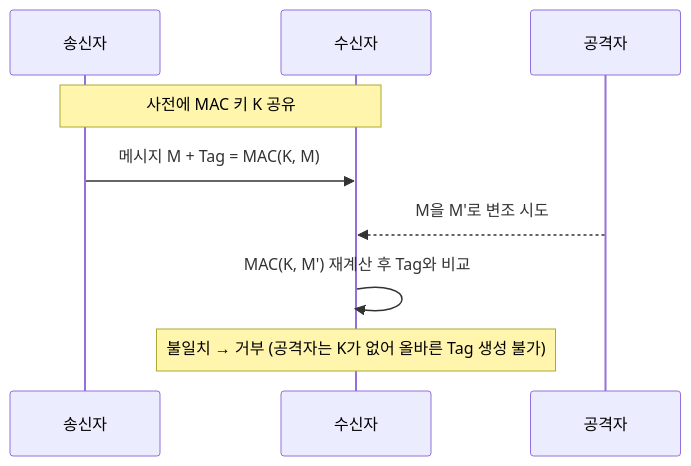
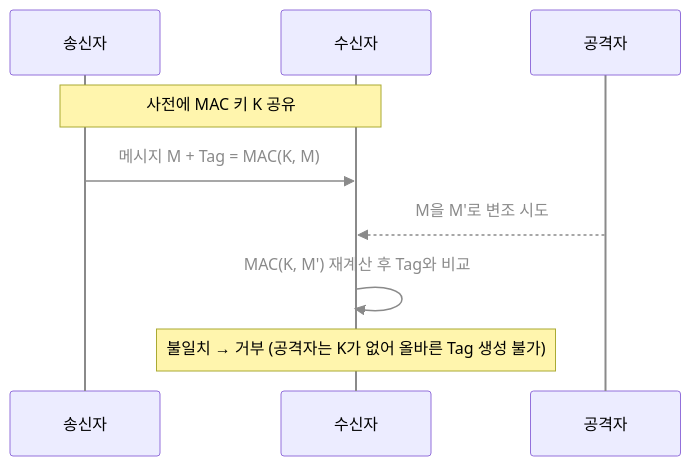
The diagram in security-fundamentals/cryptography/hashing-mac.md (secututor/security-knowledge-base), drawn with Mermaid before and after one commit. The commit also changed 12 other files, not shown here.

Commit message:
docs: 모든 Mermaid 그림에 라이트·다크 공용 선·글자 색 적용

````diff
--- a/security-fundamentals/cryptography/hashing-mac.md
+++ b/security-fundamentals/cryptography/hashing-mac.md
@@ -44,11 +44,12 @@
 ```mermaid
+%%{init: {"themeVariables": {"fontSize": "20px", "lineColor": "#8a8a8a", "signalColor": "#8a8a8a", "signalTextColor": "#8a8a8a", "actorLineColor": "#8a8a8a"}, "flowchart": {"nodeSpacing": 25, "rankSpacing": 30}}}%%
 sequenceDiagram
     participant A as 송신자
     participant B as 수신자
     participant X as 공격자
     Note over A,B: 사전에 MAC 키 K 공유
     A->>B: 메시지 M + Tag = MAC(K, M)
     X-->>B: M을 M'로 변조 시도
     B->>B: MAC(K, M') 재계산 후 Tag와 비교
     Note over B: 불일치 → 거부 (공격자는 K가 없어 올바른 Tag 생성 불가)
 ```
````
